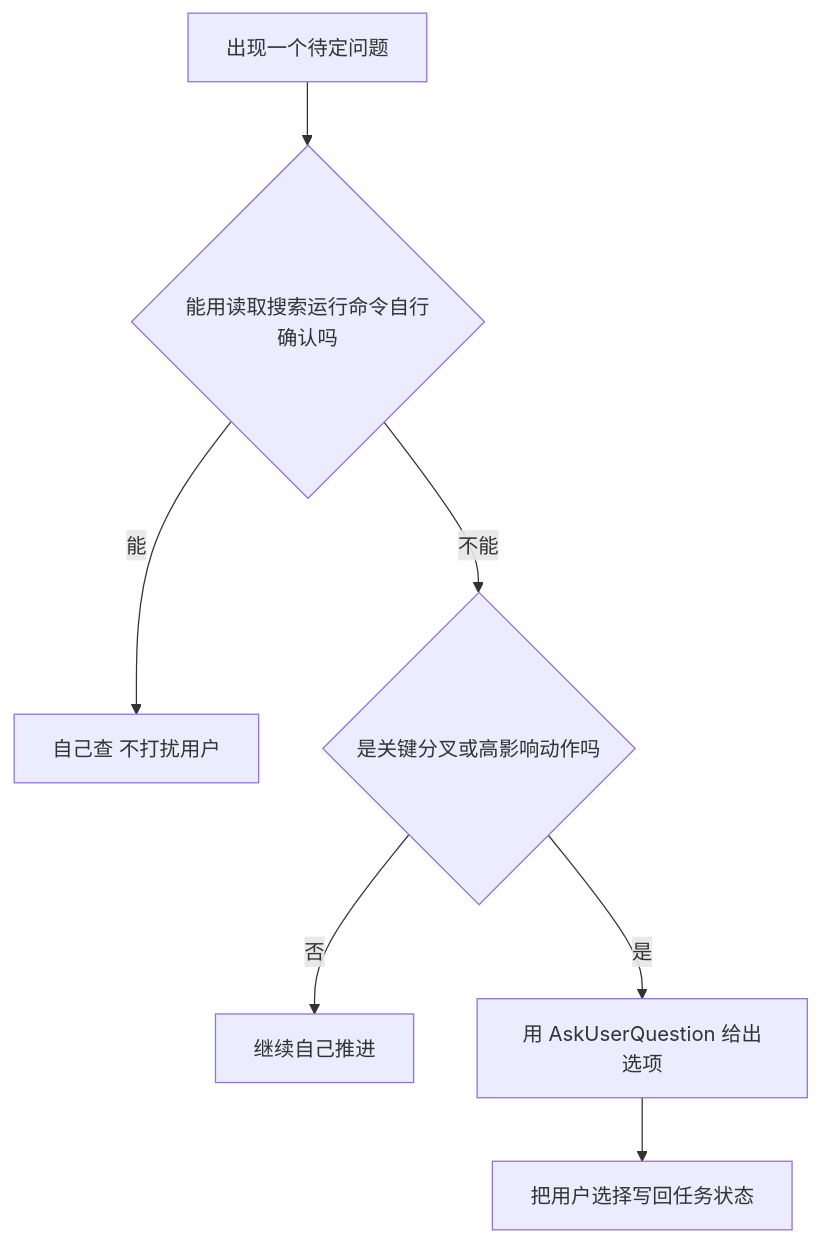
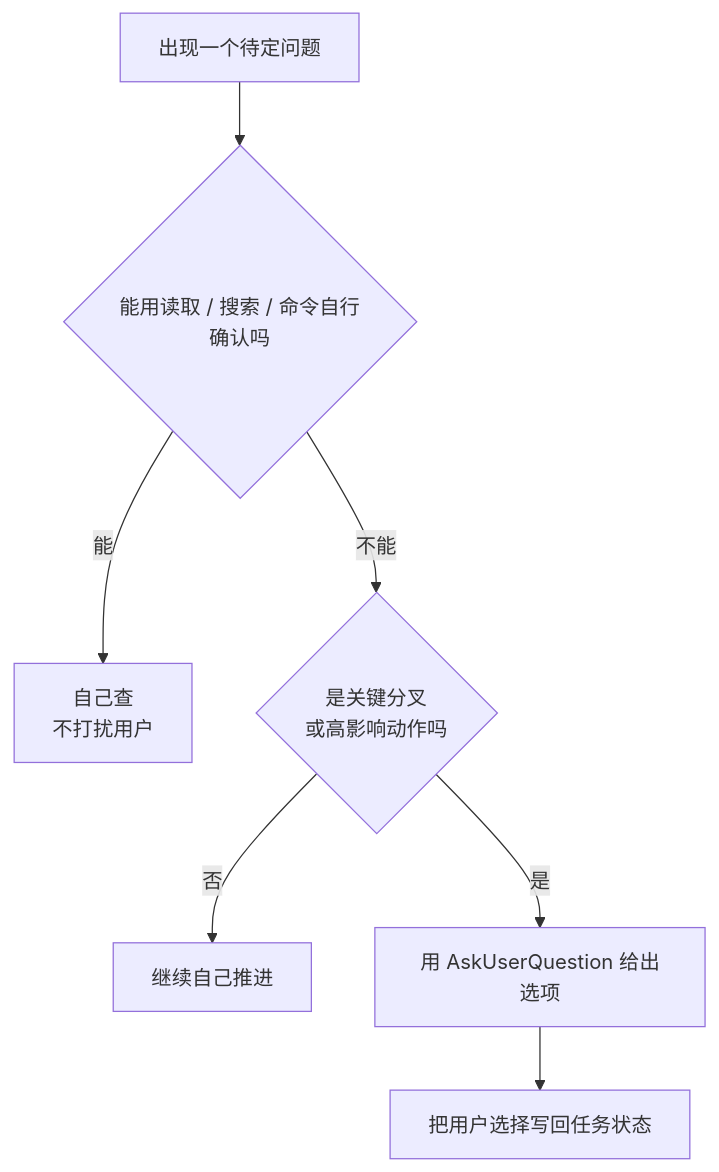
Diagram 11 of 13 in src/content/blog/soft-orchestration-in-skills.md (sulifreely/hannah), drawn with Mermaid before and after one commit. The commit also changed other lines of this file and 20 other files, not shown here.

Commit message:
chore: rewrite diagrams

````diff
--- a/src/content/blog/soft-orchestration-in-skills.md
+++ b/src/content/blog/soft-orchestration-in-skills.md
@@ -772,16 +773,16 @@
 ```mermaid
 flowchart TD
-    A[出现一个待定问题]
-    B{能用读取搜索运行命令自行确认吗}
-    C[自己查 不打扰用户]
-    D{是关键分叉或高影响动作吗}
-    E[继续自己推进]
-    F[用 AskUserQuestion 给出选项]
-    G[把用户选择写回任务状态]
+    A["出现一个待定问题"]
+    B{"能用读取 / 搜索 / 命令自行确认吗"}
+    C["自己查<br/>不打扰用户"]
+    D{"是关键分叉<br/>或高影响动作吗"}
+    E["继续自己推进"]
+    F["用 AskUserQuestion 给出选项"]
+    G["把用户选择写回任务状态"]
     A --> B
-    B -- 能 --> C
-    B -- 不能 --> D
-    D -- 否 --> E
-    D -- 是 --> F
+    B -- "能" --> C
+    B -- "不能" --> D
+    D -- "否" --> E
+    D -- "是" --> F
     F --> G
 ```
````
